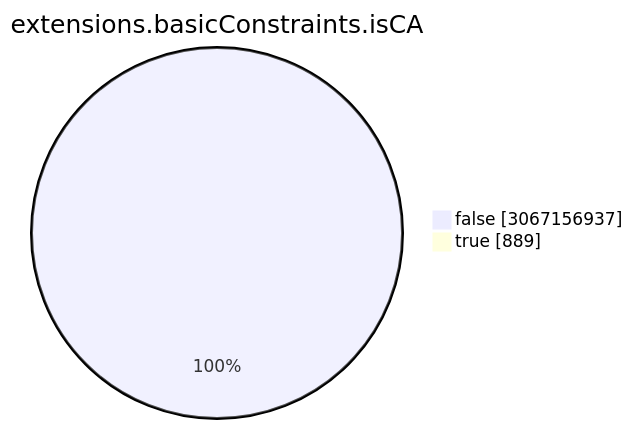
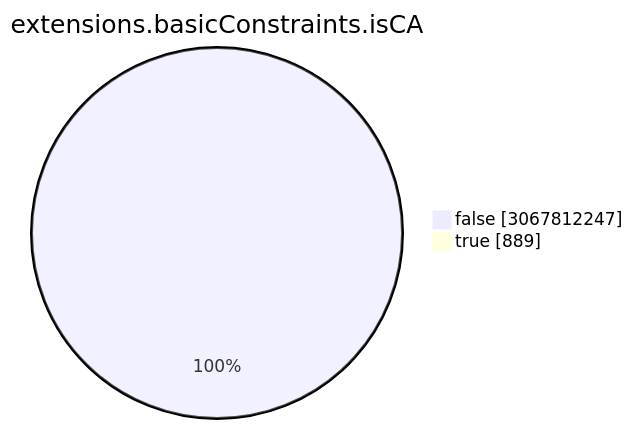
The seventh of 15 diagrams in TOTAL/README.md (christiankrug/ctmonitor_visualization), drawn with Mermaid before and after one commit. The commit also changed other lines of this file, not shown here.

````diff
--- a/TOTAL/README.md
+++ b/TOTAL/README.md
@@ -3088,6 +3088,6 @@
 ```mermaid
 pie showData
 title extensions.basicConstraints.isCA
-"false" :3067156937
+"false" :3067812247
 "true" :889
 ```
````
